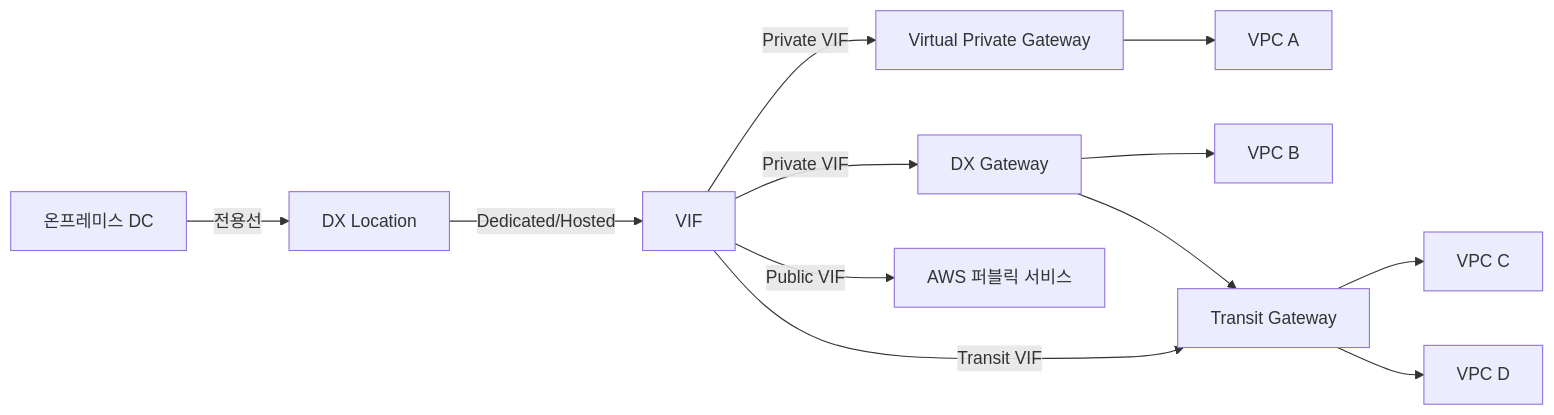
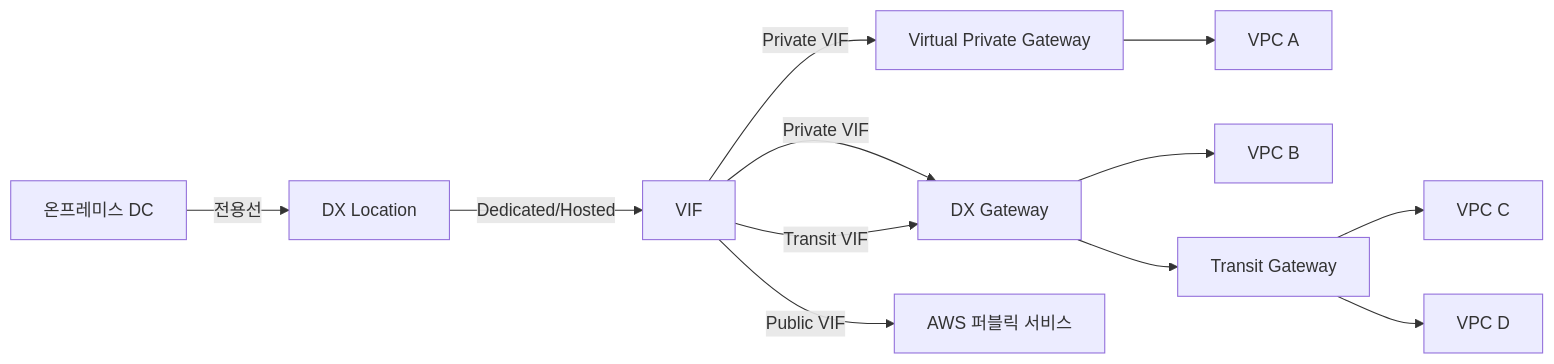
Before and after one commit to GYUTORY/YGSTUDY: the first of 7 diagrams in Develop/Cloud/AWS/Network/Direct_Connect.md, drawn with Mermaid. The commit also changed other lines of this file and 7 other files, not shown here.

````diff
--- a/Develop/Cloud/AWS/Network/Direct_Connect.md
+++ b/Develop/Cloud/AWS/Network/Direct_Connect.md
@@ -15,14 +17,14 @@
 ```mermaid
 graph LR
     DC[온프레미스 DC] -->|전용선| POP[DX Location]
     POP -->|Dedicated/Hosted| DXVIF[VIF]
     DXVIF -->|Private VIF| VGW[Virtual Private Gateway]
     DXVIF -->|Private VIF| DXGW[DX Gateway]
     DXVIF -->|Public VIF| AWSPUB[AWS 퍼블릭 서비스]
-    DXVIF -->|Transit VIF| TGW[Transit Gateway]
+    DXVIF -->|Transit VIF| DXGW
     VGW --> VPCA[VPC A]
     DXGW --> VPCB[VPC B]
-    DXGW --> TGW
+    DXGW --> TGW[Transit Gateway]
     TGW --> VPCC[VPC C]
     TGW --> VPCD[VPC D]
 ```
````
